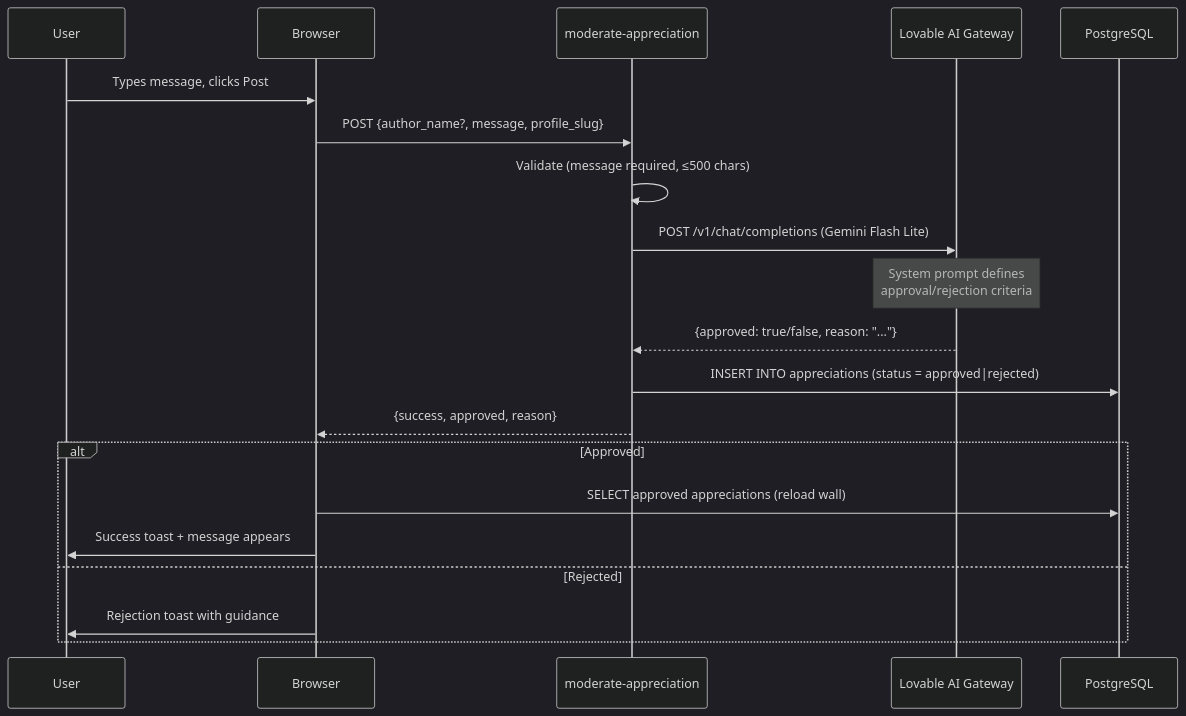
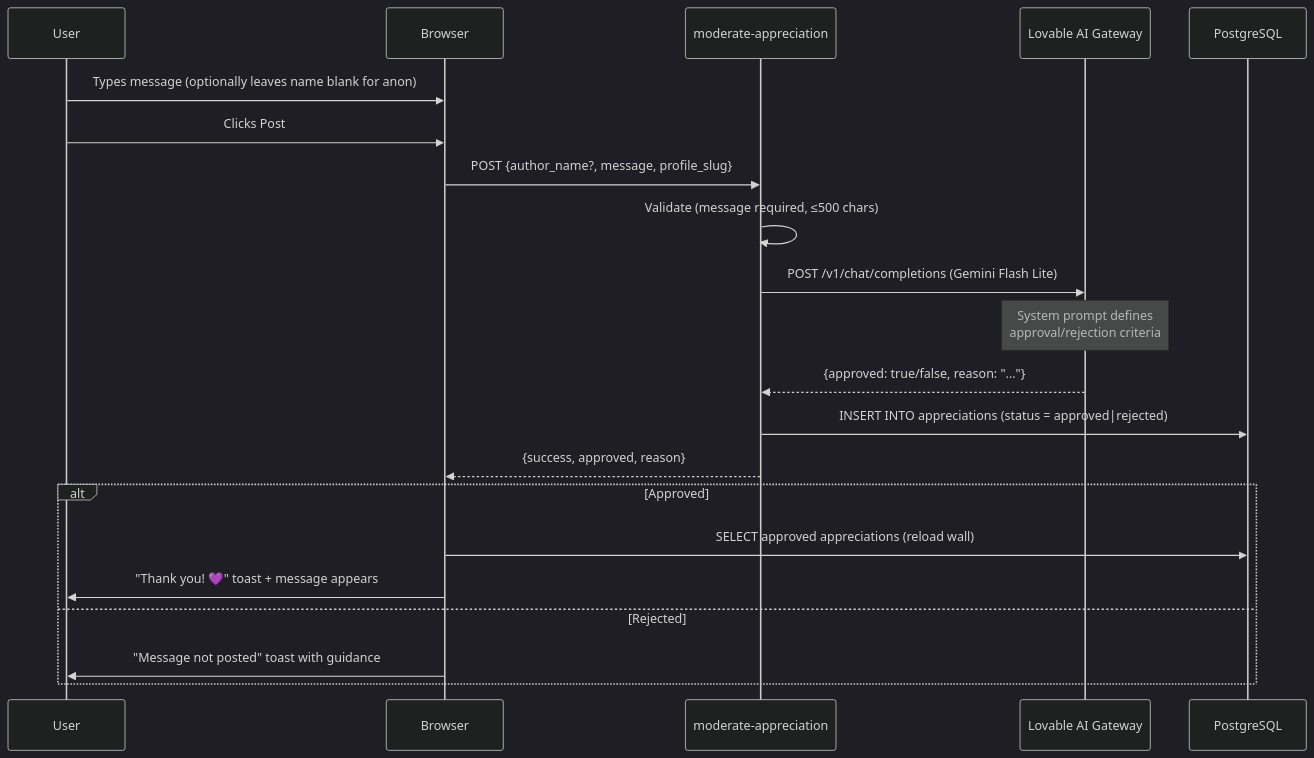
Before and after one commit to van-sudo-git/content-refine: the second of 6 diagrams in public/docs/technical-design-document.md, drawn with Mermaid (dark theme). The commit also changed other lines of this file, not shown here.

````diff
--- a/public/docs/technical-design-document.md
+++ b/public/docs/technical-design-document.md
@@ -622,23 +671,24 @@
 ```mermaid
 sequenceDiagram
     participant User
     participant Browser
     participant EdgeFn as moderate-appreciation
     participant AI as Lovable AI Gateway
     participant DB as PostgreSQL
 
-    User->>Browser: Types message, clicks Post
+    User->>Browser: Types message (optionally leaves name blank for anon)
+    User->>Browser: Clicks Post
     Browser->>EdgeFn: POST {author_name?, message, profile_slug}
     EdgeFn->>EdgeFn: Validate (message required, ≤500 chars)
     EdgeFn->>AI: POST /v1/chat/completions (Gemini Flash Lite)
     Note over AI: System prompt defines<br/>approval/rejection criteria
     AI-->>EdgeFn: {approved: true/false, reason: "..."}
     EdgeFn->>DB: INSERT INTO appreciations (status = approved|rejected)
     EdgeFn-->>Browser: {success, approved, reason}
     alt Approved
         Browser->>DB: SELECT approved appreciations (reload wall)
-        Browser->>User: Success toast + message appears
+        Browser->>User: "Thank you! 💜" toast + message appears
     else Rejected
-        Browser->>User: Rejection toast with guidance
+        Browser->>User: "Message not posted" toast with guidance
     end
 ```
````
